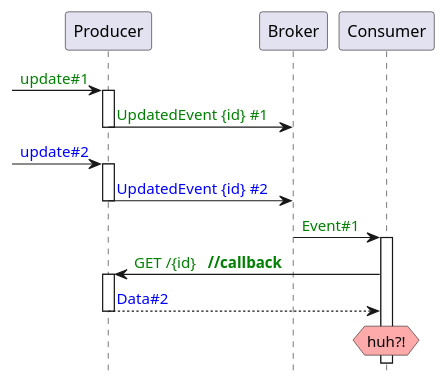
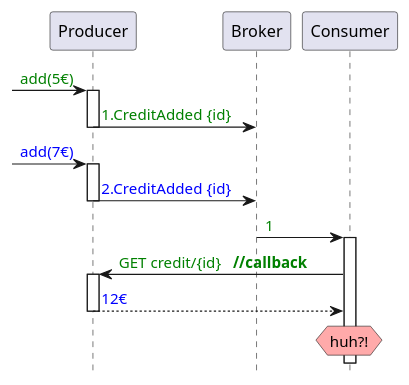
Before and after one commit to victorrentea/kafka: the diagram in patterns/3_race_c_p_calback_race_late!!.puml, drawn with PlantUML. The commit also changed 4 other files, not shown here.

```diff
--- a/patterns/3_race_c_p_calback_race_late!!.puml
+++ b/patterns/3_race_c_p_calback_race_late!!.puml
@@ -1,15 +1,15 @@
 @startuml
 'title Consumer Callback Race
 hide footbox
 
--> Producer++: <font color=green>update#1
-Broker<-Producer--: <font color=green>UpdatedEvent {id} #1
+-> Producer++: <font color=green>add(5€)
+Broker<-Producer--: <font color=green>1.CreditAdded {id}
 
-->Producer++:<font color=blue>update#2
-Broker<-Producer--: <font color=blue>UpdatedEvent {id} #2
-Broker->Consumer++: <font color=green>Event#1
-Consumer->Producer++: <font color=green>GET /{id}   **//callback**
-Consumer<--Producer--: <font color=blue>Data#2
+->Producer++:<font color=blue>add(7€)
+Broker<-Producer--: <font color=blue>2.CreditAdded {id}
+Broker->Consumer++: <font color=green>1
+Consumer->Producer++: <font color=green>GET credit/{id}   **//callback**
+Consumer<--Producer--: <font color=blue>12€
 hnote over Consumer #FFAAAA: huh?!
 
 @enduml
```
